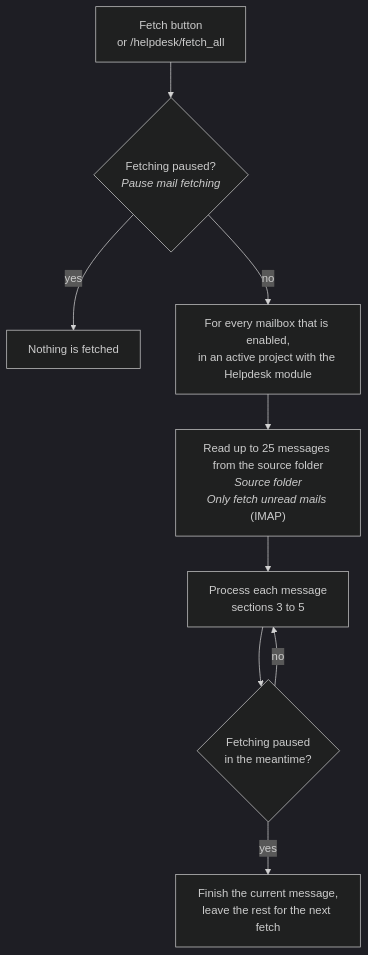
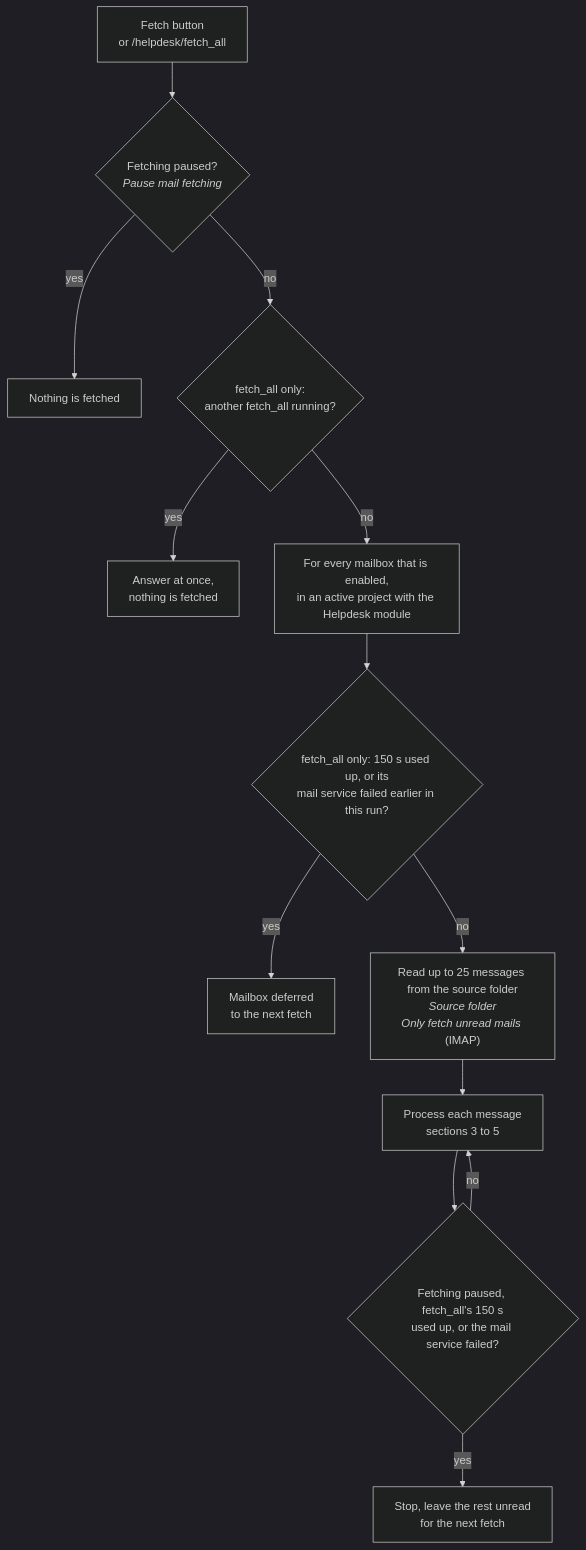
One commit to expertZentrale/redmine_expert_helpdesk changed the third of 11 diagrams in EMAIL_FLOW.md. Above: the diagram before and after it, drawn with Mermaid (dark theme). The commit also changed other lines of this file and 19 other files, not shown here.

First line of the commit message:
fix: keep a slow or failing mail service from tying up web threads (#66)

````diff
--- a/EMAIL_FLOW.md
+++ b/EMAIL_FLOW.md
@@ -69,11 +69,15 @@
 ```mermaid
 flowchart TD
   T["Fetch button<br/>or /helpdesk/fetch_all"] --> M{"Fetching paused?<br/><i>Pause mail fetching</i>"}
   M -- yes --> X["Nothing is fetched"]
-  M -- no --> L["For every mailbox that is enabled,<br/>in an active project with the Helpdesk module"]
-  L --> Q["Read up to 25 messages from the source folder<br/><i>Source folder</i><br/><i>Only fetch unread mails</i> (IMAP)"]
+  M -- no --> K{"fetch_all only:<br/>another fetch_all running?"}
+  K -- yes --> KS["Answer at once,<br/>nothing is fetched"]
+  K -- no --> L["For every mailbox that is enabled,<br/>in an active project with the Helpdesk module"]
+  L --> G{"fetch_all only: 150 s used up, or its<br/>mail service failed earlier in this run?"}
+  G -- yes --> DF["Mailbox deferred<br/>to the next fetch"]
+  G -- no --> Q["Read up to 25 messages from the source folder<br/><i>Source folder</i><br/><i>Only fetch unread mails</i> (IMAP)"]
   Q --> E["Process each message<br/>sections 3 to 5"]
-  E --> W{"Fetching paused<br/>in the meantime?"}
-  W -- yes --> STOP["Finish the current message,<br/>leave the rest for the next fetch"]
+  E --> W{"Fetching paused, fetch_all's 150 s<br/>used up, or the mail service failed?"}
+  W -- yes --> STOP["Stop, leave the rest unread<br/>for the next fetch"]
   W -- no --> E
 ```
````
